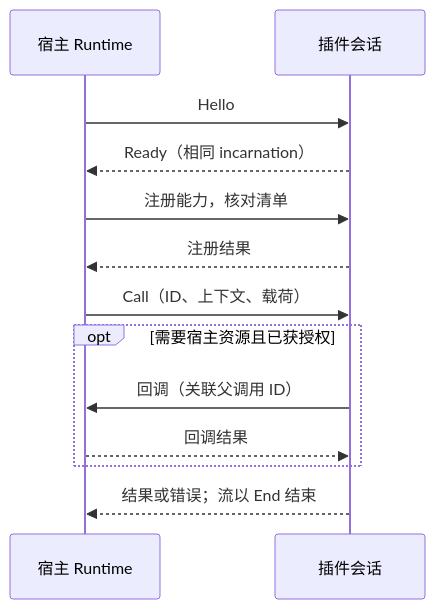
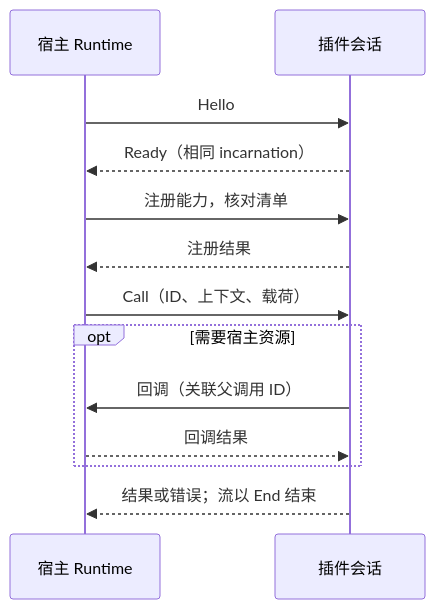
One commit to Ming-321/codex-proxy-rs changed the diagram in backend/crates/gateway-plugin/sdk/README.md. Above: the diagram before and after it, drawn with Mermaid. The commit also changed other lines of this file and 298 other files, not shown here.

````diff
--- a/backend/crates/gateway-plugin/sdk/README.md
+++ b/backend/crates/gateway-plugin/sdk/README.md
@@ -66,15 +67,15 @@
 ```mermaid
 sequenceDiagram
   participant H as 宿主 Runtime
   participant P as 插件会话
   H->>P: Hello
   P-->>H: Ready（相同 incarnation）
   H->>P: 注册能力，核对清单
   P-->>H: 注册结果
   H->>P: Call（ID、上下文、载荷）
-  opt 需要宿主资源且已获授权
+  opt 需要宿主资源
     P->>H: 回调（关联父调用 ID）
     H-->>P: 回调结果
   end
   P-->>H: 结果或错误；流以 End 结束
 ```
````
